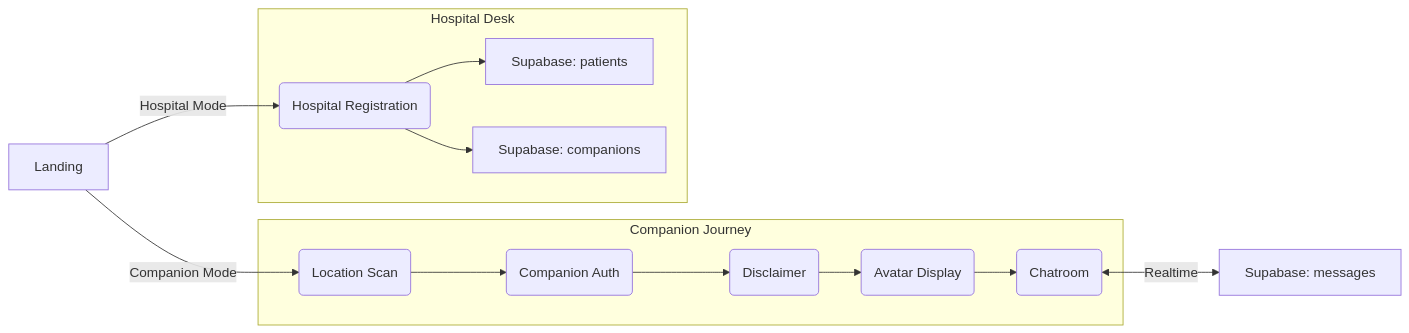
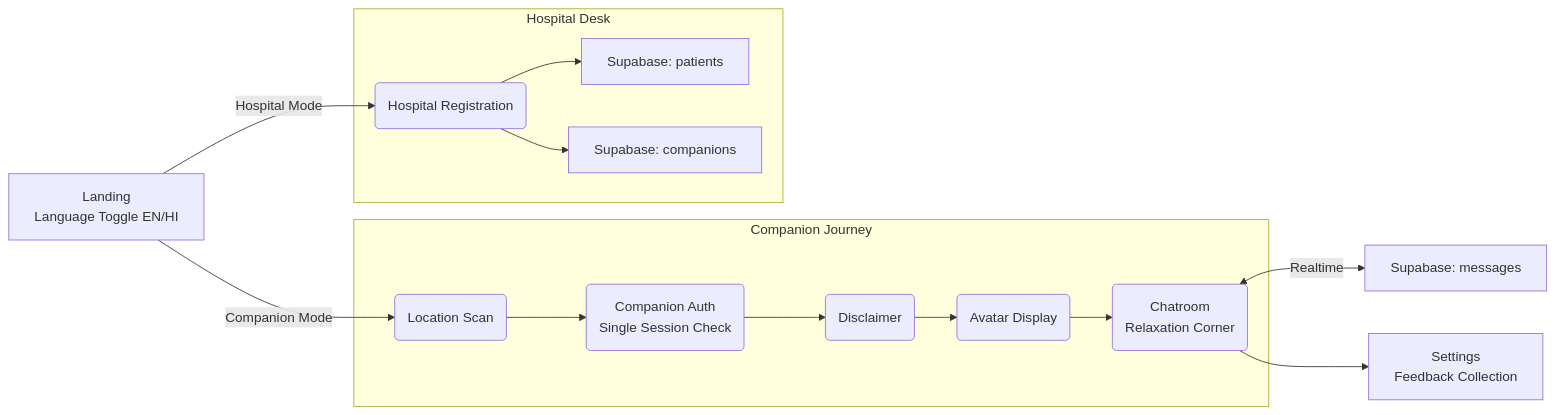
The first of 11 diagrams in app_docs/Flow_Diagrams.md (xactai/Communitiful), drawn with Mermaid before and after one commit. The commit also changed other lines of this file and 2 other files, not shown here.

Commit message:
Readme Update, FlowDiagrams Updated, ImplementationDocument Updated

````diff
--- a/app_docs/Flow_Diagrams.md
+++ b/app_docs/Flow_Diagrams.md
@@ -9,19 +9,20 @@
 ```mermaid
 flowchart LR
-  A[Landing] -->|Companion Mode| B(Location Scan)
+  A[Landing<br/>Language Toggle EN/HI] -->|Companion Mode| B(Location Scan)
   A -->|Hospital Mode| H(Hospital Registration)
 
   subgraph Companion Journey
-    B --> C(Companion Auth)
+    B --> C(Companion Auth<br/>Single Session Check)
     C --> D(Disclaimer)
     D --> E(Avatar Display)
-    E --> F(Chatroom)
+    E --> F(Chatroom<br/>Relaxation Corner)
   end
 
   subgraph Hospital Desk
     H --> I[Supabase: patients]
     H --> J[Supabase: companions]
   end
 
   F <-- Realtime --> K[Supabase: messages]
+  F --> L[Settings<br/>Feedback Collection]
 ```
````
